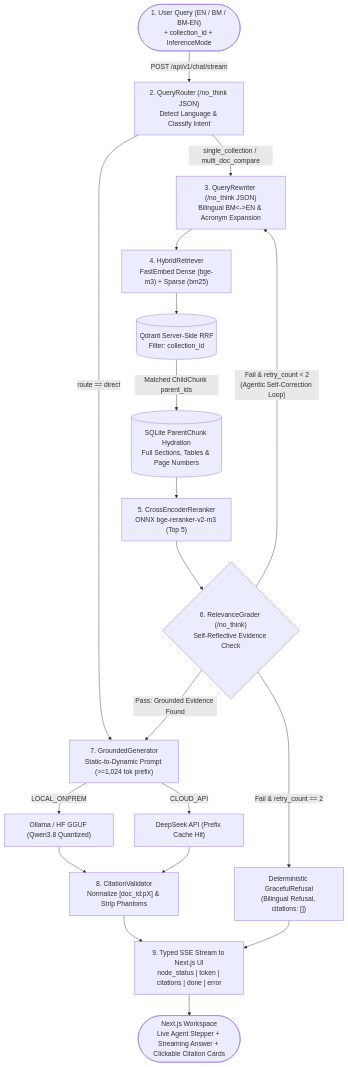
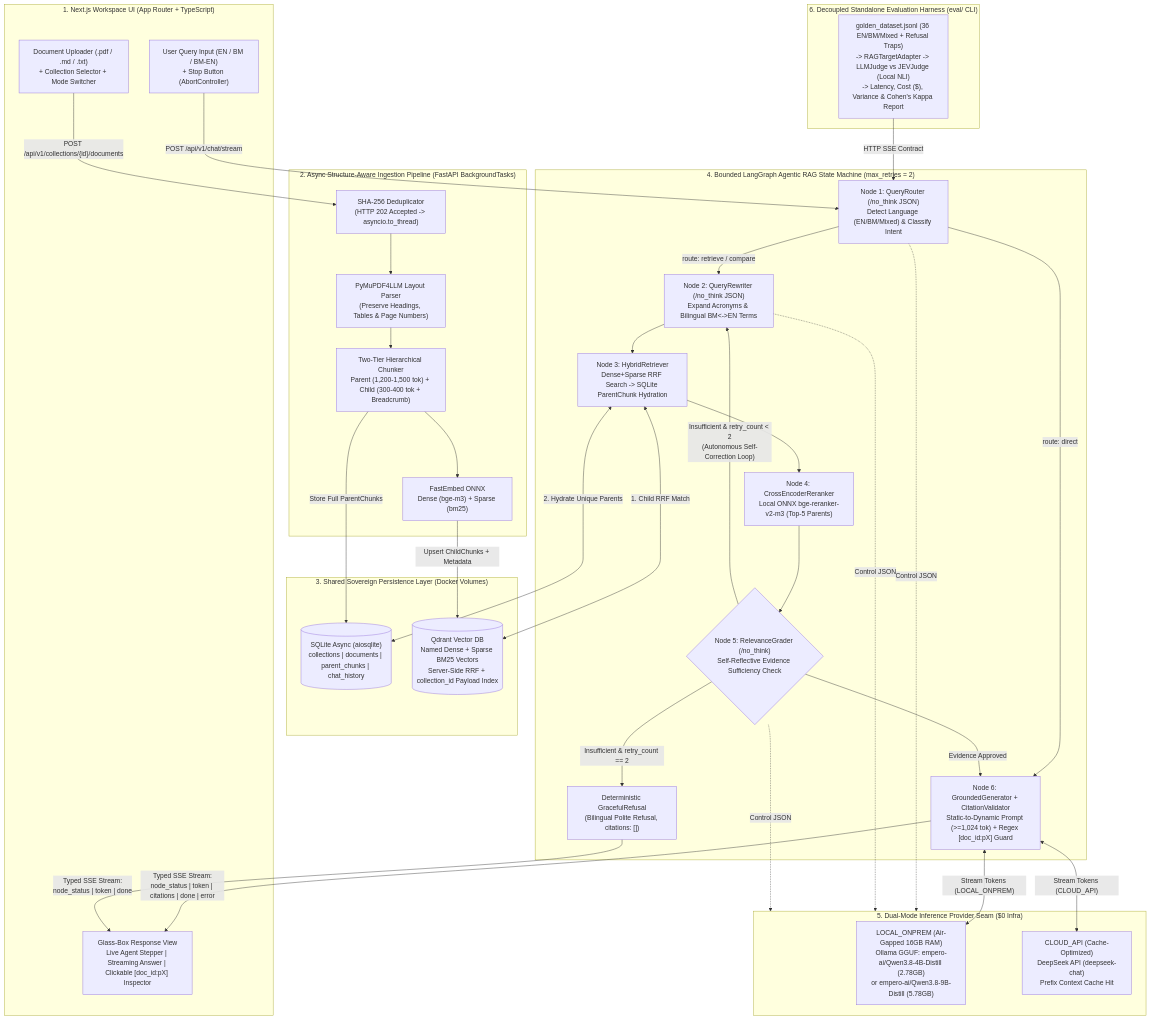
One commit to amirulhazym/sovereign-agentic-rag changed the diagram in README.md. Above: the diagram before and after it, drawn with Mermaid. The commit also changed other lines of this file and 7 other files, not shown here.

Commit message:
docs: unify end-to-end architecture diagram and lock empero-ai/Qwen3.8-Distill GGUF models

````diff
--- a/README.md
+++ b/README.md
@@ -44,26 +42,65 @@
 ```mermaid
 flowchart TD
-    User(["1. User Query (EN / BM / BM-EN)<br/>+ collection_id + InferenceMode"]) -->|"POST /api/v1/chat/stream"| Router["2. QueryRouter (/no_think JSON)<br/>Detect Language & Classify Intent"]
+    subgraph UI_Tier["1. Next.js Workspace UI (App Router + TypeScript)"]
+        UploadUI["Document Uploader (.pdf / .md / .txt)<br/>+ Collection Selector + Mode Switcher"]
+        ChatUI["User Query Input (EN / BM / BM-EN)<br/>+ Stop Button (AbortController)"]
+        ResponseUI["Glass-Box Response View<br/>Live Agent Stepper | Streaming Answer | Clickable [doc_id:pX] Inspector"]
+    end
 
-    Router -->|"route == direct"| Gen
-    Router -->|"single_collection / multi_doc_compare"| Rewriter["3. QueryRewriter (/no_think JSON)<br/>Bilingual BM<->EN & Acronym Expansion"]
+    subgraph Ingest_Track["2. Async Structure-Aware Ingestion Pipeline (FastAPI BackgroundTasks)"]
+        Hash["SHA-256 Deduplicator<br/>(HTTP 202 Accepted -> asyncio.to_thread)"]
+        Parser["PyMuPDF4LLM Layout Parser<br/>(Preserve Headings, Tables & Page Numbers)"]
+        Chunker["Two-Tier Hierarchical Chunker<br/>Parent (1,200-1,500 tok) + Child (300-400 tok + Breadcrumb)"]
+        FastEmbedIngest["FastEmbed ONNX<br/>Dense (bge-m3) + Sparse (bm25)"]
+        Hash --> Parser --> Chunker --> FastEmbedIngest
+    end
 
-    Rewriter --> Retriever["4. HybridRetriever<br/>FastEmbed Dense (bge-m3) + Sparse (bm25)"]
-    Retriever --> Qdrant[("Qdrant Server-Side RRF<br/>Filter: collection_id")]
-    Qdrant -->|"Matched ChildChunk parent_ids"| SQLiteHydrate[("SQLite ParentChunk Hydration<br/>Full Sections, Tables & Page Numbers")]
-    SQLiteHydrate --> Reranker["5. CrossEncoderReranker<br/>ONNX bge-reranker-v2-m3 (Top 5)"]
-    Reranker --> Grader{"6. RelevanceGrader (/no_think)<br/>Self-Reflective Evidence Check"}
+    subgraph Storage_Tier["3. Shared Sovereign Persistence Layer (Docker Volumes)"]
+        SQLite[("SQLite Async (aiosqlite)<br/>collections | documents | parent_chunks | chat_history")]
+        Qdrant[("Qdrant Vector DB<br/>Named Dense + Sparse BM25 Vectors<br/>Server-Side RRF + collection_id Payload Index")]
+    end
 
-    Grader -->|"Fail & retry_count < 2<br/>(Agentic Self-Correction Loop)"| Rewriter
-    Grader -->|"Fail & retry_count == 2"| Refusal["Deterministic GracefulRefusal<br/>(Bilingual Refusal, citations: [])"]
-    Grader -->|"Pass: Grounded Evidence Found"| Gen["7. GroundedGenerator<br/>Static-to-Dynamic Prompt (>=1,024 tok prefix)"]
+    subgraph Agentic_Loop["4. Bounded LangGraph Agentic RAG State Machine (max_retries = 2)"]
+        N1["Node 1: QueryRouter (/no_think JSON)<br/>Detect Language (EN/BM/Mixed) & Classify Intent"]
+        N2["Node 2: QueryRewriter (/no_think JSON)<br/>Expand Acronyms & Bilingual BM<->EN Terms"]
+        N3["Node 3: HybridRetriever<br/>Dense+Sparse RRF Search -> SQLite ParentChunk Hydration"]
+        N4["Node 4: CrossEncoderReranker<br/>Local ONNX bge-reranker-v2-m3 (Top-5 Parents)"]
+        N5{"Node 5: RelevanceGrader (/no_think)<br/>Self-Reflective Evidence Sufficiency Check"}
+        Refusal["Deterministic GracefulRefusal<br/>(Bilingual Polite Refusal, citations: [])"]
+        N6["Node 6: GroundedGenerator + CitationValidator<br/>Static-to-Dynamic Prompt (>=1,024 tok) + Regex [doc_id:pX] Guard"]
 
-    Gen -->|"LOCAL_ONPREM"| LocalLLM["Ollama / HF GGUF (Qwen3.8 Quantized)"]
-    Gen -->|"CLOUD_API"| CloudLLM["DeepSeek API (Prefix Cache Hit)"]
-    LocalLLM --> Validator["8. CitationValidator<br/>Normalize [doc_id:pX] & Strip Phantoms"]
-    CloudLLM --> Validator
+        N1 -->|"route: retrieve / compare"| N2
+        N1 -->|"route: direct"| N6
+        N2 --> N3 --> N4 --> N5
+        N5 -->|"Insufficient & retry_count < 2<br/>(Autonomous Self-Correction Loop)"| N2
+        N5 -->|"Insufficient & retry_count == 2"| Refusal
+        N5 -->|"Evidence Approved"| N6
+    end
 
-    Validator --> SSE["9. Typed SSE Stream to Next.js UI<br/>node_status | token | citations | done | error"]
-    Refusal --> SSE
-    SSE --> UI(["Next.js Workspace<br/>Live Agent Stepper + Streaming Answer + Clickable Citation Cards"])
+    subgraph Inference_Seam["5. Dual-Mode Inference Provider Seam ($0 Infra)"]
+        LocalLLM["LOCAL_ONPREM (Air-Gapped 16GB RAM)<br/>Ollama GGUF: empero-ai/Qwen3.8-4B-Distill (2.78GB)<br/>or empero-ai/Qwen3.8-9B-Distill (5.78GB)"]
+        CloudLLM["CLOUD_API (Cache-Optimized)<br/>DeepSeek API (deepseek-chat)<br/>Prefix Context Cache Hit"]
+    end
+
+    subgraph Eval_Tier["6. Decoupled Standalone Evaluation Harness (eval/ CLI)"]
+        EvalRunner["golden_dataset.jsonl (36 EN/BM/Mixed + Refusal Traps)<br/>-> RAGTargetAdapter -> LLMJudge vs JEVJudge (Local NLI)<br/>-> Latency, Cost ($), Variance & Cohen's Kappa Report"]
+    end
+
+    UploadUI -->|"POST /api/v1/collections/{id}/documents"| Hash
+    Chunker -->|"Store Full ParentChunks"| SQLite
+    FastEmbedIngest -->|"Upsert ChildChunks + Metadata"| Qdrant
+
+    ChatUI -->|"POST /api/v1/chat/stream"| N1
+    N3 <-->|"1. Child RRF Match"| Qdrant
+    N3 <-->|"2. Hydrate Unique Parents"| SQLite
+
+    N1 -.->|"Control JSON"| Inference_Seam
+    N2 -.->|"Control JSON"| Inference_Seam
+    N5 -.->|"Control JSON"| Inference_Seam
+    N6 <-->|"Stream Tokens (LOCAL_ONPREM)"| LocalLLM
+    N6 <-->|"Stream Tokens (CLOUD_API)"| CloudLLM
+
+    N6 -->|"Typed SSE Stream:<br/>node_status | token | citations | done | error"| ResponseUI
+    Refusal -->|"Typed SSE Stream:<br/>node_status | token | done"| ResponseUI
+    EvalRunner -->|"HTTP SSE Contract"| N1
 ```
````
